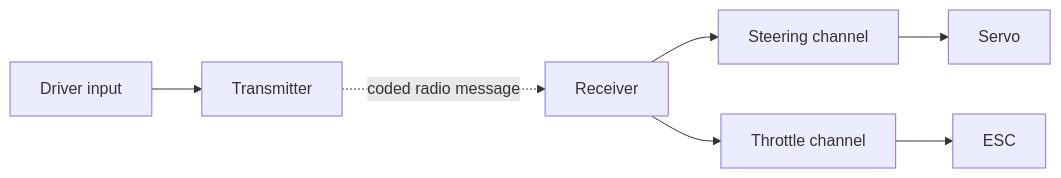
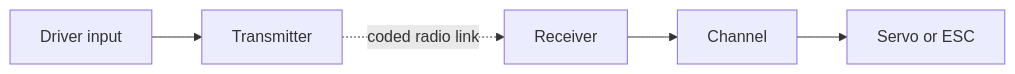
The diagram in Part-3-Electronics-and-Vehicle-Systems/3.4-Radio-Transmitters-and-Receivers.md (nayyabahmed/voltforge_gear), drawn with Mermaid before and after one commit. The commit also changed other lines of this file and 6 other files, not shown here.

````diff
--- a/Part-3-Electronics-and-Vehicle-Systems/3.4-Radio-Transmitters-and-Receivers.md
+++ b/Part-3-Electronics-and-Vehicle-Systems/3.4-Radio-Transmitters-and-Receivers.md
@@ -76,9 +83,7 @@
 ```mermaid
 flowchart LR
-    Driver["Driver input"] --> Tx["Transmitter"]
-    Tx -. "coded radio message" .-> Rx["Receiver"]
-    Rx --> Ch1["Steering channel"]
-    Rx --> Ch2["Throttle channel"]
-    Ch1 --> Servo["Servo"]
-    Ch2 --> ESC["ESC"]
+    A["Driver input"] --> B["Transmitter"]
+    B -. "coded radio link" .-> C["Receiver"]
+    C --> D["Channel"]
+    D --> E["Servo or ESC"]
 ```
````
